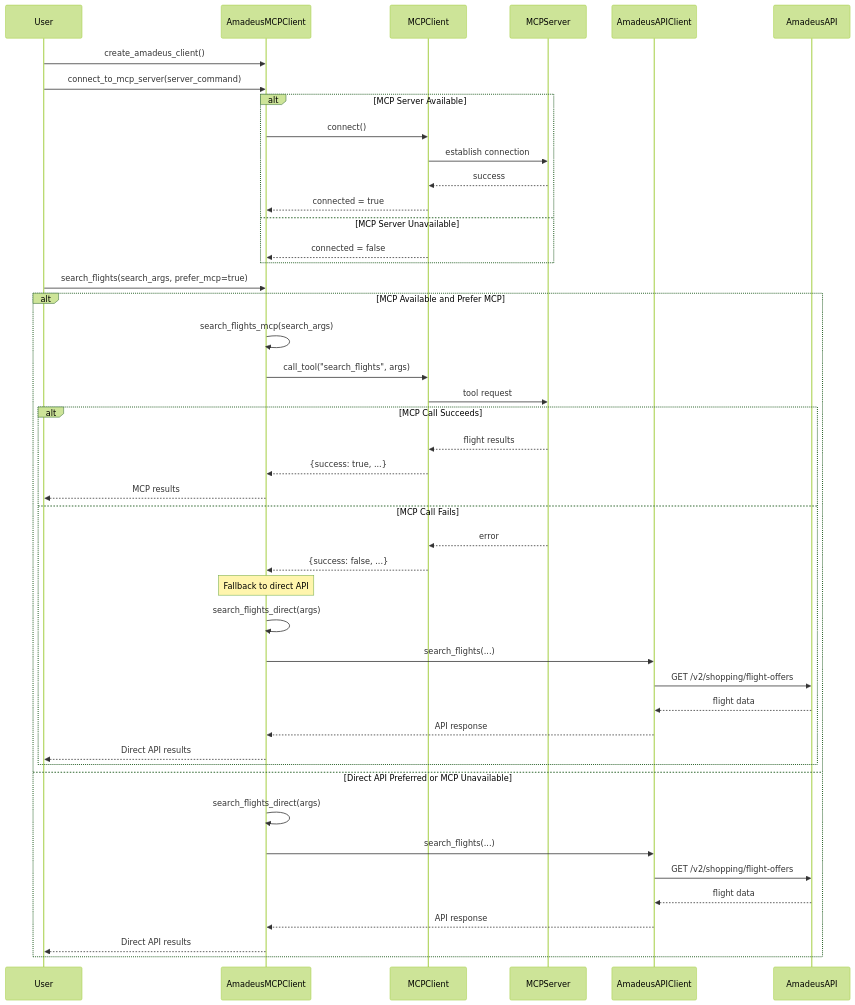
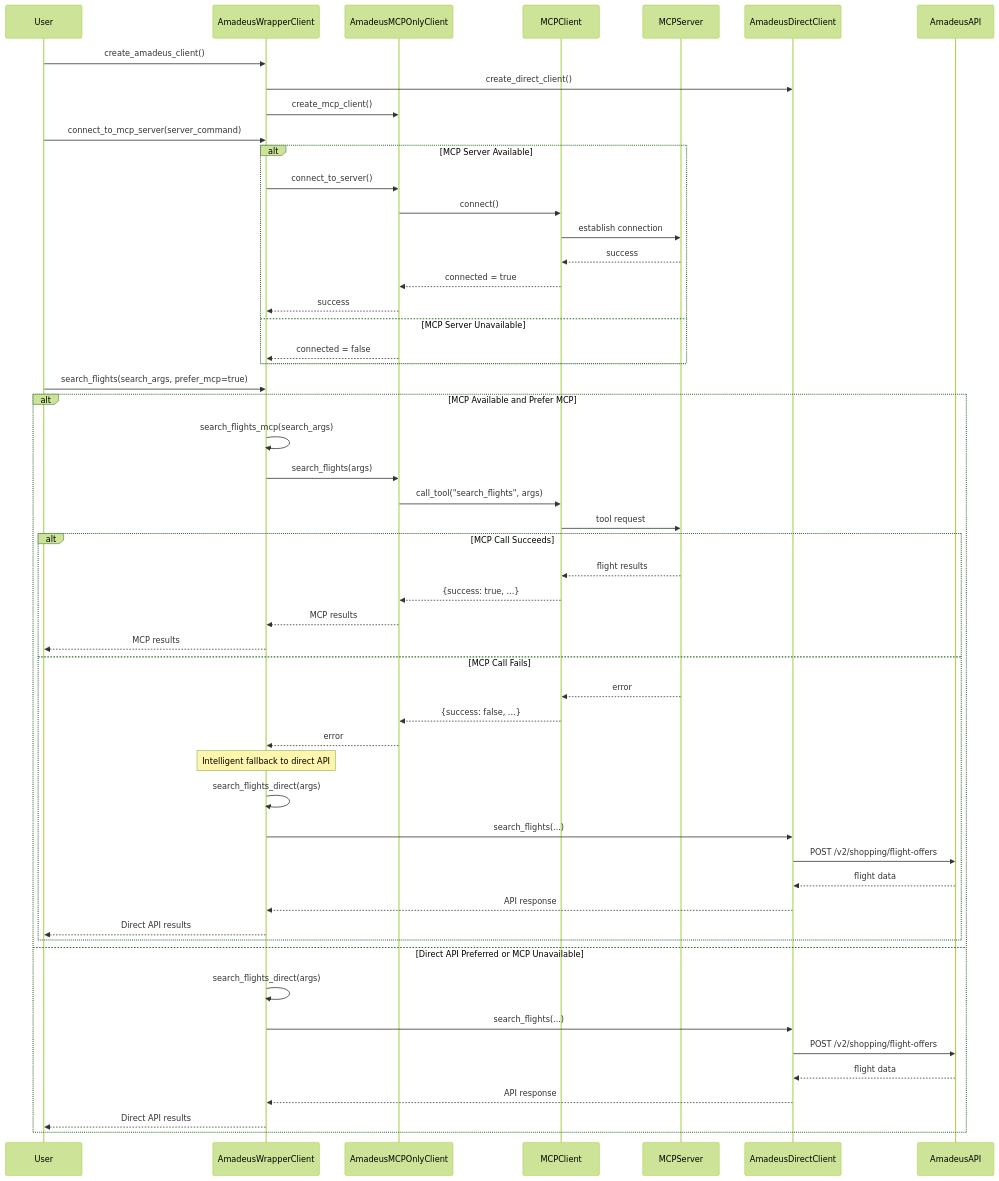
One commit to jtuchinsky/LangGraph-Sandbox changed the fifth of 7 diagrams in docs/amadeus_sequence_diagram.md. Above: the diagram before and after it, drawn with Mermaid (forest theme). The commit also changed other lines of this file and 2 other files, not shown here.

First line of the commit message:
Update Amadeus documentation to reflect refactored architecture

````diff
--- a/docs/amadeus_sequence_diagram.md
+++ b/docs/amadeus_sequence_diagram.md
@@ -76,52 +147,60 @@
 ```mermaid
 sequenceDiagram
     participant User
-    participant AmadeusMCPClient
+    participant AmadeusWrapperClient
+    participant AmadeusMCPOnlyClient
     participant MCPClient
     participant MCPServer
-    participant AmadeusAPIClient
+    participant AmadeusDirectClient
     participant AmadeusAPI
 
-    User->>AmadeusMCPClient: create_amadeus_client()
-    User->>AmadeusMCPClient: connect_to_mcp_server(server_command)
+    User->>AmadeusWrapperClient: create_amadeus_client()
+    AmadeusWrapperClient->>AmadeusDirectClient: create_direct_client()
+    AmadeusWrapperClient->>AmadeusMCPOnlyClient: create_mcp_client()
+    User->>AmadeusWrapperClient: connect_to_mcp_server(server_command)
     
     alt MCP Server Available
-        AmadeusMCPClient->>MCPClient: connect()
+        AmadeusWrapperClient->>AmadeusMCPOnlyClient: connect_to_server()
+        AmadeusMCPOnlyClient->>MCPClient: connect()
         MCPClient->>MCPServer: establish connection
         MCPServer-->>MCPClient: success
-        MCPClient-->>AmadeusMCPClient: connected = true
+        MCPClient-->>AmadeusMCPOnlyClient: connected = true
+        AmadeusMCPOnlyClient-->>AmadeusWrapperClient: success
     else MCP Server Unavailable
-        MCPClient-->>AmadeusMCPClient: connected = false
+        AmadeusMCPOnlyClient-->>AmadeusWrapperClient: connected = false
     end
     
-    User->>AmadeusMCPClient: search_flights(search_args, prefer_mcp=true)
+    User->>AmadeusWrapperClient: search_flights(search_args, prefer_mcp=true)
     
     alt MCP Available and Prefer MCP
-        AmadeusMCPClient->>AmadeusMCPClient: search_flights_mcp(search_args)
-        AmadeusMCPClient->>MCPClient: call_tool("search_flights", args)
+        AmadeusWrapperClient->>AmadeusWrapperClient: search_flights_mcp(search_args)
+        AmadeusWrapperClient->>AmadeusMCPOnlyClient: search_flights(args)
+        AmadeusMCPOnlyClient->>MCPClient: call_tool("search_flights", args)
         MCPClient->>MCPServer: tool request
         
         alt MCP Call Succeeds
             MCPServer-->>MCPClient: flight results
-            MCPClient-->>AmadeusMCPClient: {success: true, ...}
-            AmadeusMCPClient-->>User: MCP results
+            MCPClient-->>AmadeusMCPOnlyClient: {success: true, ...}
+            AmadeusMCPOnlyClient-->>AmadeusWrapperClient: MCP results
+            AmadeusWrapperClient-->>User: MCP results
         else MCP Call Fails
             MCPServer-->>MCPClient: error
-            MCPClient-->>AmadeusMCPClient: {success: false, ...}
-            Note over AmadeusMCPClient: Fallback to direct API
-            AmadeusMCPClient->>AmadeusMCPClient: search_flights_direct(args)
-            AmadeusMCPClient->>AmadeusAPIClient: search_flights(...)
-            AmadeusAPIClient->>AmadeusAPI: GET /v2/shopping/flight-offers
-            AmadeusAPI-->>AmadeusAPIClient: flight data
-            AmadeusAPIClient-->>AmadeusMCPClient: API response
-            AmadeusMCPClient-->>User: Direct API results
+            MCPClient-->>AmadeusMCPOnlyClient: {success: false, ...}
+            AmadeusMCPOnlyClient-->>AmadeusWrapperClient: error
+            Note over AmadeusWrapperClient: Intelligent fallback to direct API
+            AmadeusWrapperClient->>AmadeusWrapperClient: search_flights_direct(args)
+            AmadeusWrapperClient->>AmadeusDirectClient: search_flights(...)
+            AmadeusDirectClient->>AmadeusAPI: POST /v2/shopping/flight-offers
+            AmadeusAPI-->>AmadeusDirectClient: flight data
+            AmadeusDirectClient-->>AmadeusWrapperClient: API response
+            AmadeusWrapperClient-->>User: Direct API results
         end
     else Direct API Preferred or MCP Unavailable
-        AmadeusMCPClient->>AmadeusMCPClient: search_flights_direct(args)
-        AmadeusMCPClient->>AmadeusAPIClient: search_flights(...)
-        AmadeusAPIClient->>AmadeusAPI: GET /v2/shopping/flight-offers
-        AmadeusAPI-->>AmadeusAPIClient: flight data
-        AmadeusAPIClient-->>AmadeusMCPClient: API response
-        AmadeusMCPClient-->>User: Direct API results
+        AmadeusWrapperClient->>AmadeusWrapperClient: search_flights_direct(args)
+        AmadeusWrapperClient->>AmadeusDirectClient: search_flights(...)
+        AmadeusDirectClient->>AmadeusAPI: POST /v2/shopping/flight-offers
+        AmadeusAPI-->>AmadeusDirectClient: flight data
+        AmadeusDirectClient-->>AmadeusWrapperClient: API response
+        AmadeusWrapperClient-->>User: Direct API results
     end
 ```
````
